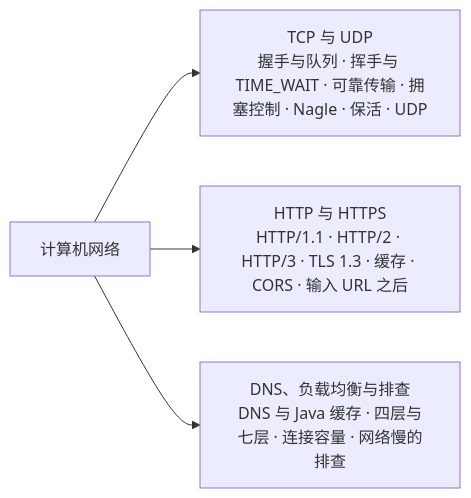
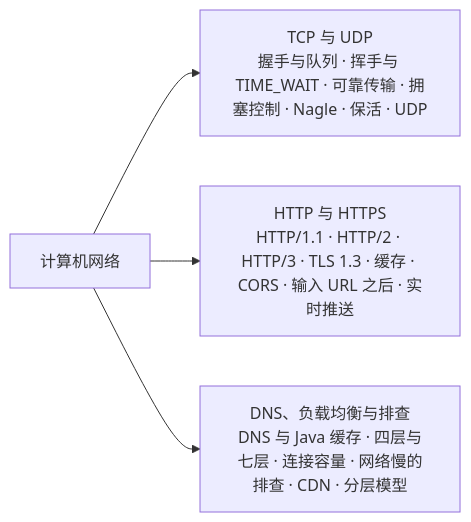
Before and after one commit to liulangjietou/interview: the first of 17 diagrams in 08-计算机基础/37-计算机网络.md, drawn with Mermaid. The commit also changed other lines of this file and 5 other files, not shown here.

````diff
--- a/08-计算机基础/37-计算机网络.md
+++ b/08-计算机基础/37-计算机网络.md
@@ -14,6 +14,6 @@
 ```mermaid
 flowchart LR
     ROOT["计算机网络"] --> T["TCP 与 UDP<br/>握手与队列 · 挥手与 TIME_WAIT · 可靠传输 · 拥塞控制 · Nagle · 保活 · UDP"]
-    ROOT --> H["HTTP 与 HTTPS<br/>HTTP/1.1 · HTTP/2 · HTTP/3 · TLS 1.3 · 缓存 · CORS · 输入 URL 之后"]
-    ROOT --> D["DNS、负载均衡与排查<br/>DNS 与 Java 缓存 · 四层与七层 · 连接容量 · 网络慢的排查"]
+    ROOT --> H["HTTP 与 HTTPS<br/>HTTP/1.1 · HTTP/2 · HTTP/3 · TLS 1.3 · 缓存 · CORS · 输入 URL 之后 · 实时推送"]
+    ROOT --> D["DNS、负载均衡与排查<br/>DNS 与 Java 缓存 · 四层与七层 · 连接容量 · 网络慢的排查 · CDN · 分层模型"]
 ```
````
